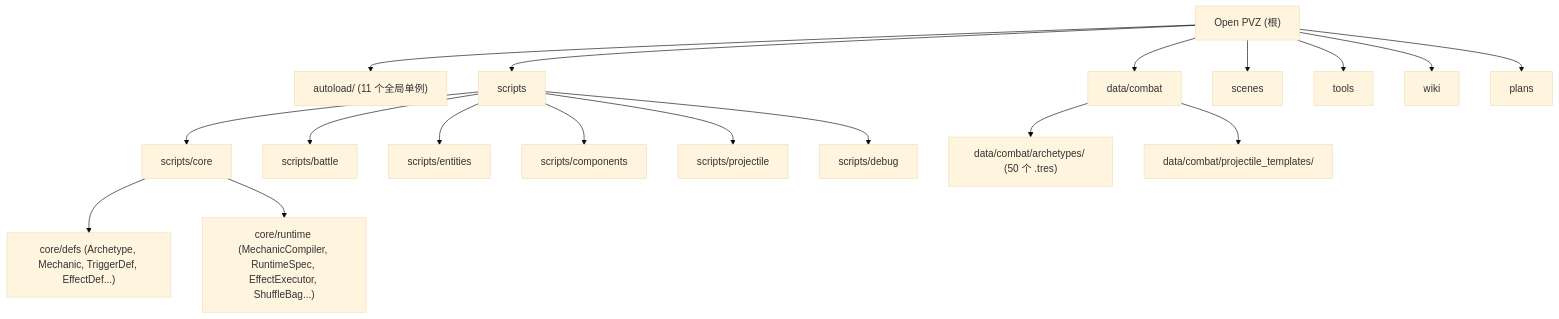
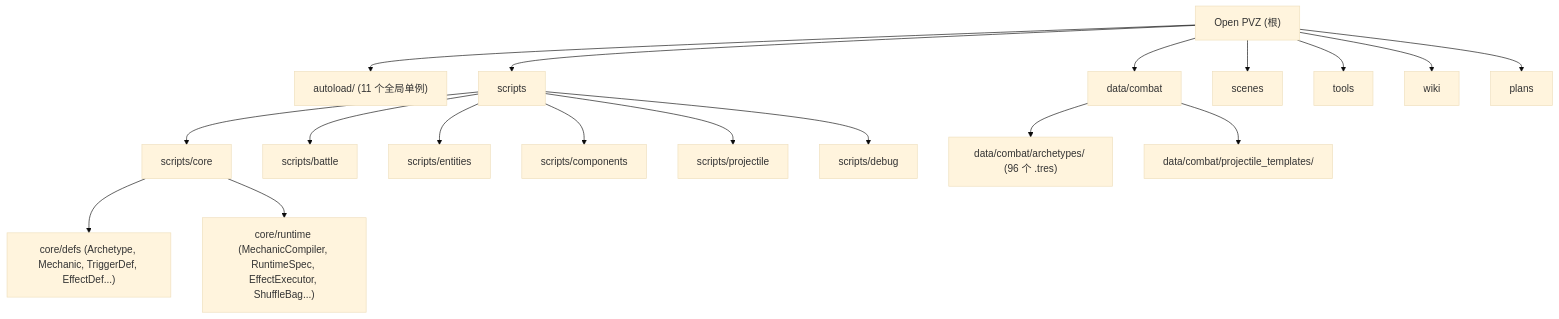
One commit to Abgetrennter/open_pvz changed the diagram in CLAUDE.md. Above: the diagram before and after it, drawn with Mermaid (base theme). The commit also changed other lines of this file and 29 other files, not shown here.

````diff
--- a/CLAUDE.md
+++ b/CLAUDE.md
@@ -73,31 +73,31 @@
 ```mermaid
 graph TD
     Root["Open PVZ (根)"] --> Autoload["autoload/ (11 个全局单例)"]
     Root --> Scripts["scripts"]
     Root --> Data["data/combat"]
     Root --> Scenes["scenes"]
     Root --> Tools["tools"]
     Root --> Wiki["wiki"]
     Root --> Plans["plans"]
 
     Scripts --> Core["scripts/core"]
     Scripts --> Battle["scripts/battle"]
     Scripts --> Entities["scripts/entities"]
     Scripts --> Components["scripts/components"]
     Scripts --> Projectile["scripts/projectile"]
     Scripts --> Debug["scripts/debug"]
 
     Core --> CoreDefs["core/defs (Archetype, Mechanic, TriggerDef, EffectDef...)"]
     Core --> CoreRuntime["core/runtime (MechanicCompiler, RuntimeSpec, EffectExecutor, ShuffleBag...)"]
 
-    Data --> Archetypes["data/combat/archetypes/ (50 个 .tres)"]
+    Data --> Archetypes["data/combat/archetypes/ (96 个 .tres)"]
     Data --> Projectiles["data/combat/projectile_templates/"]
 
     click Autoload "./autoload/CLAUDE.md" "查看 autoload 模块文档"
     click Core "./scripts/core/CLAUDE.md" "查看 core 模块文档"
     click Battle "./scripts/battle/CLAUDE.md" "查看 battle 模块文档"
     click Entities "./scripts/entities/CLAUDE.md" "查看 entities 模块文档"
     click Components "./scripts/components/CLAUDE.md" "查看 components 模块文档"
     click Projectile "./scripts/projectile/CLAUDE.md" "查看 projectile 模块文档"
     click Data "./data/combat/CLAUDE.md" "查看 data/combat 模块文档"
 ```
````
